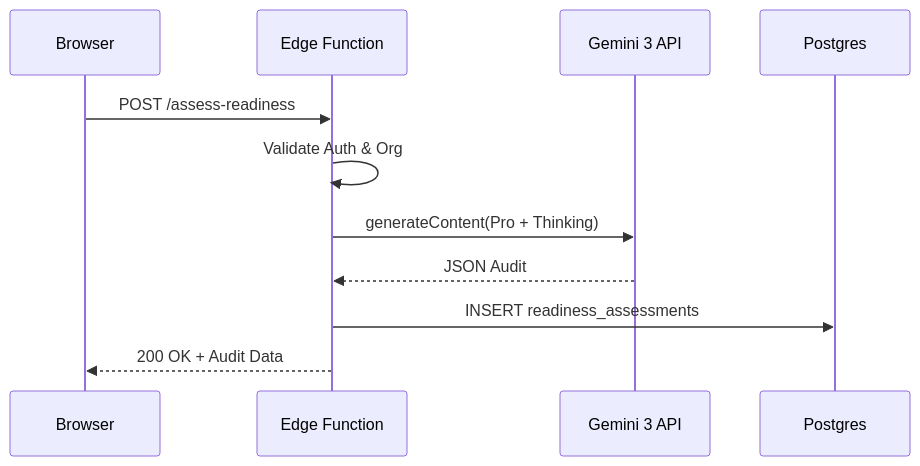
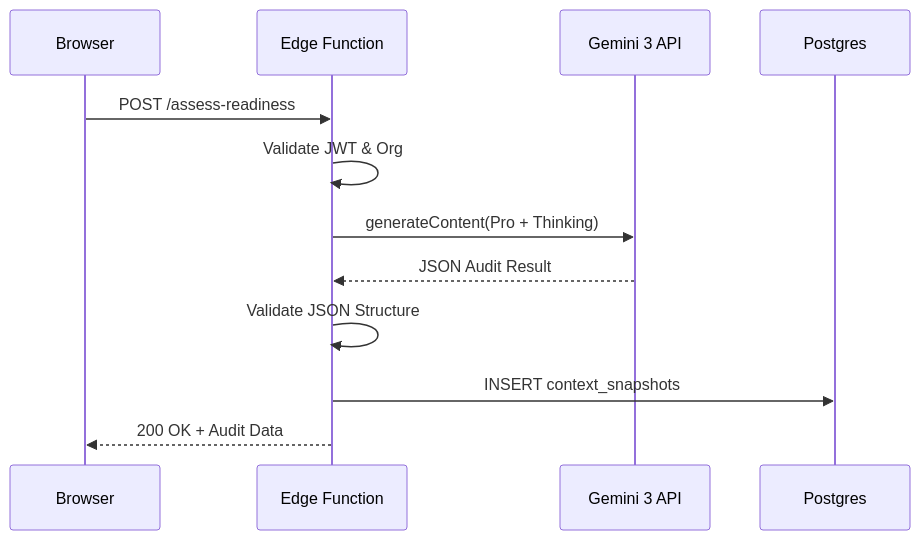
The first of 2 diagrams in docs/10-supabase-edge-functions-plan.md (amo-tech-ai/sunaiv16), drawn with Mermaid before and after one commit. The commit also changed other lines of this file and 11 other files, not shown here.

````diff
--- a/docs/10-supabase-edge-functions-plan.md
+++ b/docs/10-supabase-edge-functions-plan.md
@@ -89,14 +89,15 @@
 ```mermaid
 sequenceDiagram
     participant UI as Browser
     participant EF as Edge Function
     participant G3 as Gemini 3 API
     participant DB as Postgres
 
     UI->>EF: POST /assess-readiness
-    EF->>EF: Validate Auth & Org
+    EF->>EF: Validate JWT & Org
     EF->>G3: generateContent(Pro + Thinking)
-    G3-->>EF: JSON Audit
-    EF->>DB: INSERT readiness_assessments
+    G3-->>EF: JSON Audit Result
+    EF->>EF: Validate JSON Structure
+    EF->>DB: INSERT context_snapshots
     EF-->>UI: 200 OK + Audit Data
 ```
````
